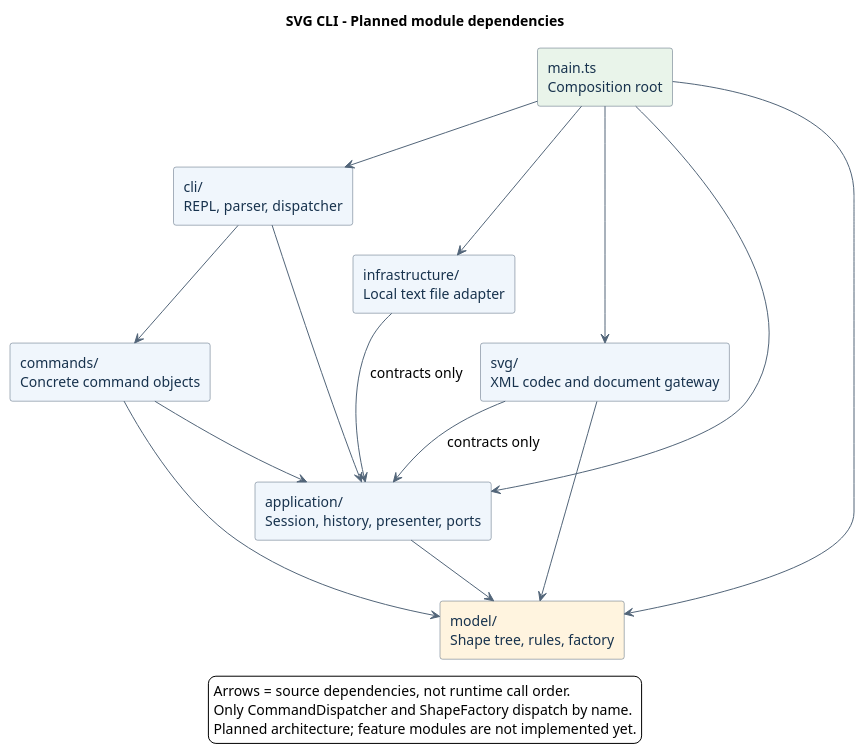
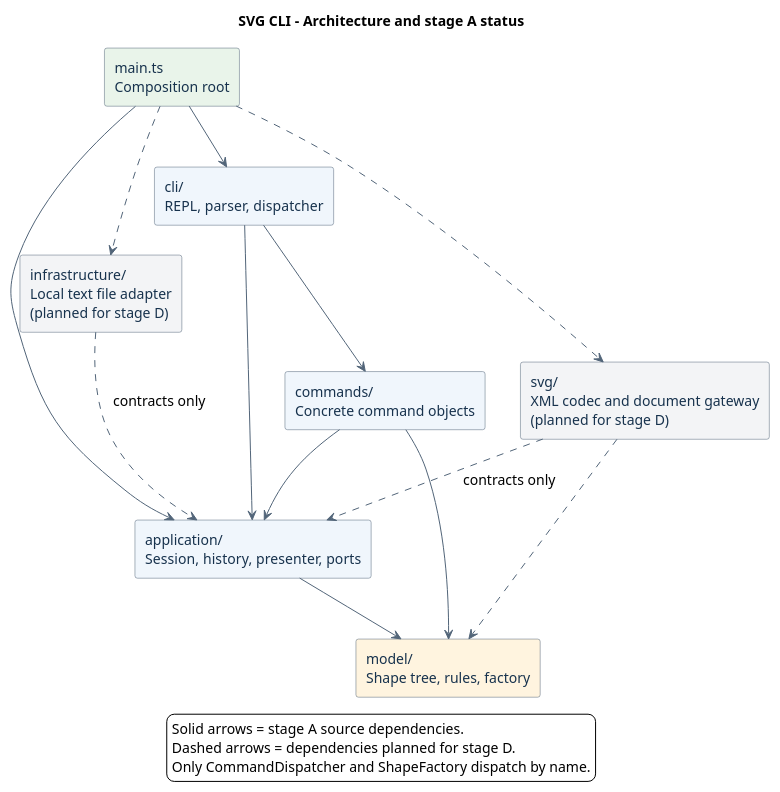
Before and after one commit to tsx543/svg-editor: the diagram in doc/architecture.puml, drawn with PlantUML. The commit also changed 4 other files, not shown here.

Commit message:
docs: record stage A validation and implementation status

```diff
--- a/doc/architecture.puml
+++ b/doc/architecture.puml
@@ -1,43 +1,42 @@
 @startuml
-title SVG CLI - Planned module dependencies
+title SVG CLI - Architecture and stage A status
 top to bottom direction
 skinparam componentStyle rectangle
 skinparam shadowing false
 skinparam backgroundColor #FFFFFF
 skinparam defaultFontName SansSerif
 skinparam defaultFontSize 14
 skinparam ArrowColor #526579
 skinparam component {
   BackgroundColor #F0F6FC
   BorderColor #526579
   FontColor #17324D
 }
 
 component "main.ts\nComposition root" as Main #E9F4EA
 component "cli/\nREPL, parser, dispatcher" as Cli
 component "commands/\nConcrete command objects" as Commands
 component "application/\nSession, history, presenter, ports" as Application
 component "model/\nShape tree, rules, factory" as Model #FFF4DF
-component "svg/\nXML codec and document gateway" as Svg
-component "infrastructure/\nLocal text file adapter" as Infrastructure
+component "svg/\nXML codec and document gateway\n(planned for stage D)" as Svg #F3F4F6
+component "infrastructure/\nLocal text file adapter\n(planned for stage D)" as Infrastructure #F3F4F6
 
 Main --> Cli
 Main --> Application
-Main --> Model
-Main --> Svg
-Main --> Infrastructure
+Main ..> Svg
+Main ..> Infrastructure
 Cli --> Commands
 Cli --> Application
 Commands --> Application
 Commands --> Model
 Application --> Model
-Svg --> Model
-Svg --> Application : contracts only
-Infrastructure --> Application : contracts only
+Svg ..> Model
+Svg ..> Application : contracts only
+Infrastructure ..> Application : contracts only
 
 legend bottom
-  Arrows = source dependencies, not runtime call order.
+  Solid arrows = stage A source dependencies.
+  Dashed arrows = dependencies planned for stage D.
   Only CommandDispatcher and ShapeFactory dispatch by name.
-  Planned architecture; feature modules are not implemented yet.
 endlegend
 @enduml
```
